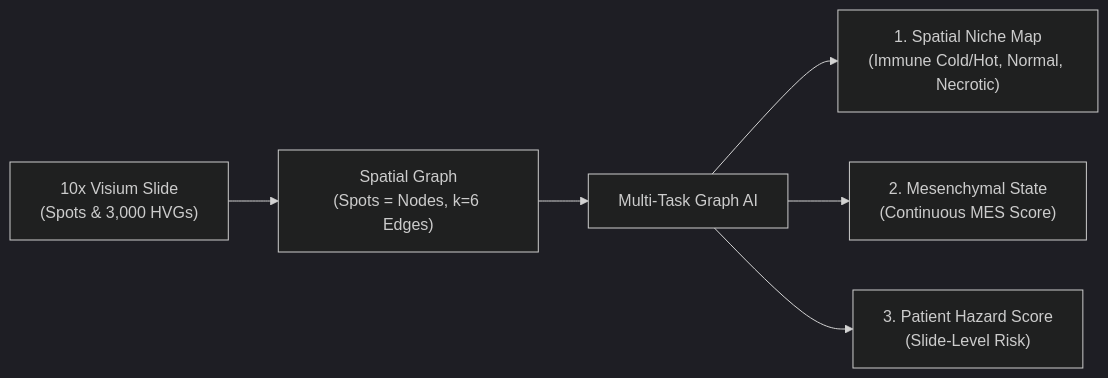
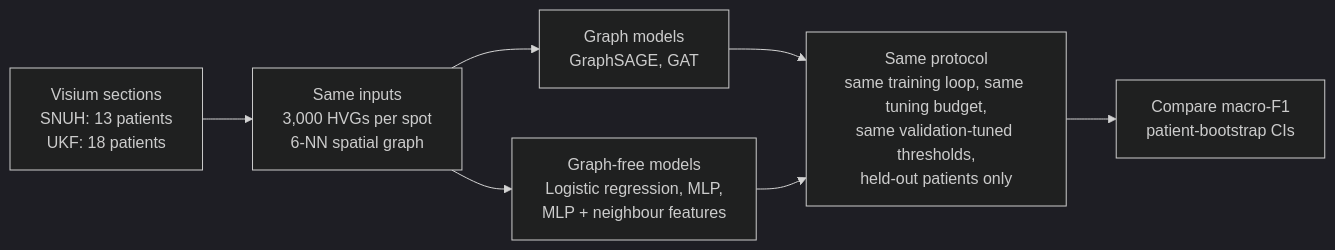
Before and after one commit to hossainlab/spatial-niche-gbm: the diagram in docs/00_overview_and_roadmap.md, drawn with Mermaid (dark theme). The commit also changed other lines of this file and 114 other files, not shown here.

````diff
--- a/docs/00_overview_and_roadmap.md
+++ b/docs/00_overview_and_roadmap.md
@@ -52,8 +42,9 @@
 ```mermaid
 flowchart LR
-    A["10x Visium Slide<br>(Spots & 3,000 HVGs)"] --> B["Spatial Graph<br>(Spots = Nodes, k=6 Edges)"]
-    B --> C["Multi-Task Graph AI"]
-    C --> D["1. Spatial Niche Map<br>(Immune Cold/Hot, Normal, Necrotic)"]
-    C --> E["2. Mesenchymal State<br>(Continuous MES Score)"]
-    C --> F["3. Patient Hazard Score<br>(Slide-Level Risk)"]
+    A["Visium sections<br>SNUH: 13 patients<br>UKF: 18 patients"] --> B["Same inputs<br>3,000 HVGs per spot<br>6-NN spatial graph"]
+    B --> G["Graph models<br>GraphSAGE, GAT"]
+    B --> F["Graph-free models<br>Logistic regression, MLP,<br>MLP + neighbour features"]
+    G --> E["Same protocol<br>same training loop, same tuning budget,<br>same validation-tuned thresholds,<br>held-out patients only"]
+    F --> E
+    E --> R["Compare macro-F1<br>patient-bootstrap CIs"]
 ```
````
